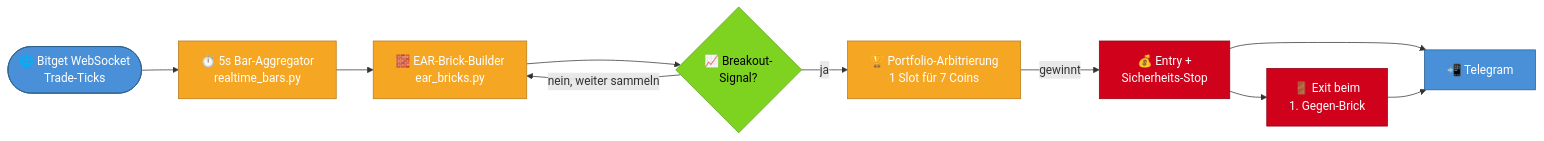
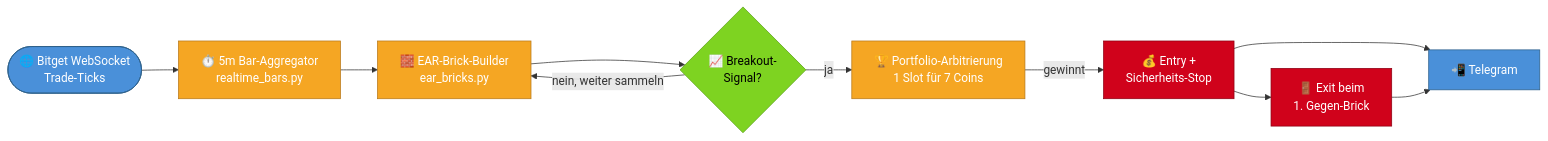
The first of 3 diagrams in README.md (Youra82/oraclebot), drawn with Mermaid before and after one commit. The commit also changed other lines of this file and 1 other file, not shown here.

````diff
--- a/README.md
+++ b/README.md
@@ -133,17 +133,17 @@
 ```mermaid
 flowchart LR
-    A(["🌐 Bitget WebSocket<br/>Trade-Ticks"]):::io --> B["⏱️ 5s Bar-Aggregator<br/>realtime_bars.py"]:::proc
+    A(["🌐 Bitget WebSocket<br/>Trade-Ticks"]):::io --> B["⏱️ 5m Bar-Aggregator<br/>realtime_bars.py"]:::proc
     B --> C["🧱 EAR-Brick-Builder<br/>ear_bricks.py"]:::proc
     C --> D{"📈 Breakout-<br/>Signal?"}:::decision
     D -- "nein, weiter sammeln" --> C
     D -- "ja" --> E["🏆 Portfolio-Arbitrierung<br/>1 Slot für 7 Coins"]:::proc
     E -- "gewinnt" --> F["💰 Entry +<br/>Sicherheits-Stop"]:::action
     F --> G["🚪 Exit beim<br/>1. Gegen-Brick"]:::action
     F --> H["📲 Telegram"]:::io
     G --> H
 
     classDef io fill:#4A90D9,stroke:#2C5F8A,color:#fff
     classDef proc fill:#F5A623,stroke:#B8791A,color:#fff
     classDef decision fill:#7ED321,stroke:#5AA017,color:#000
     classDef action fill:#D0021B,stroke:#8E0113,color:#fff
 ```
````
